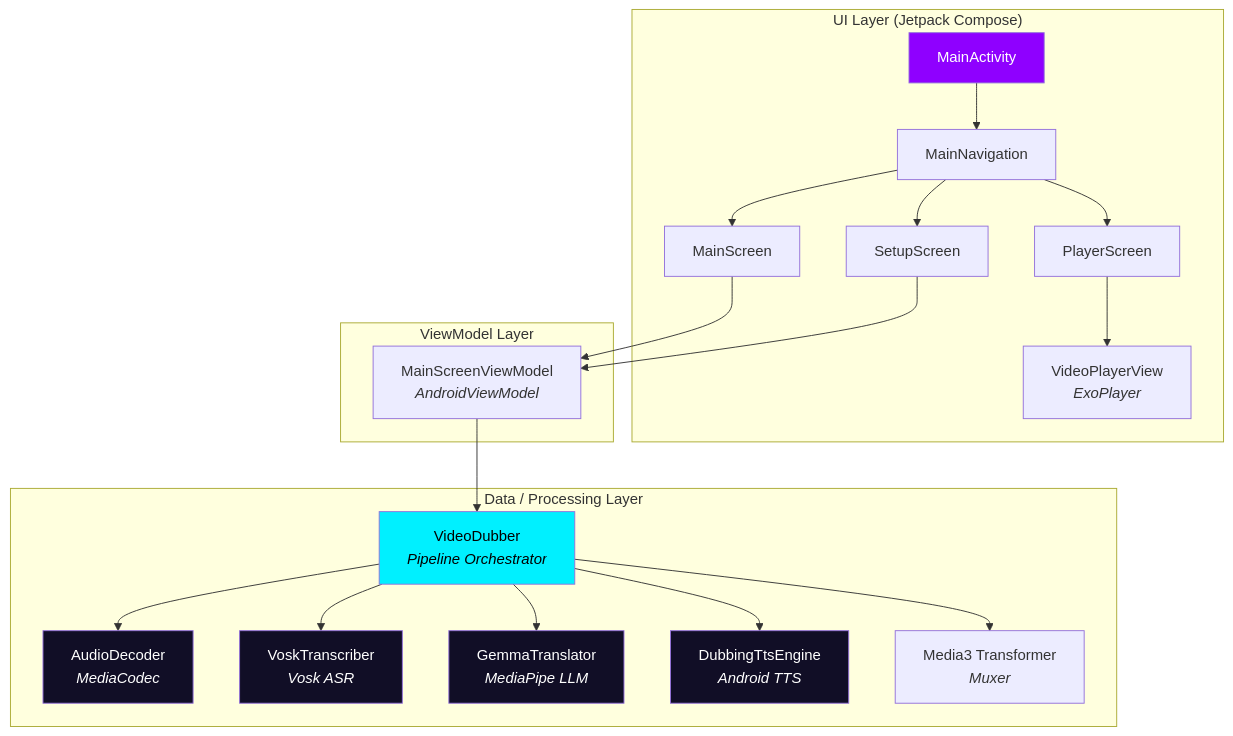
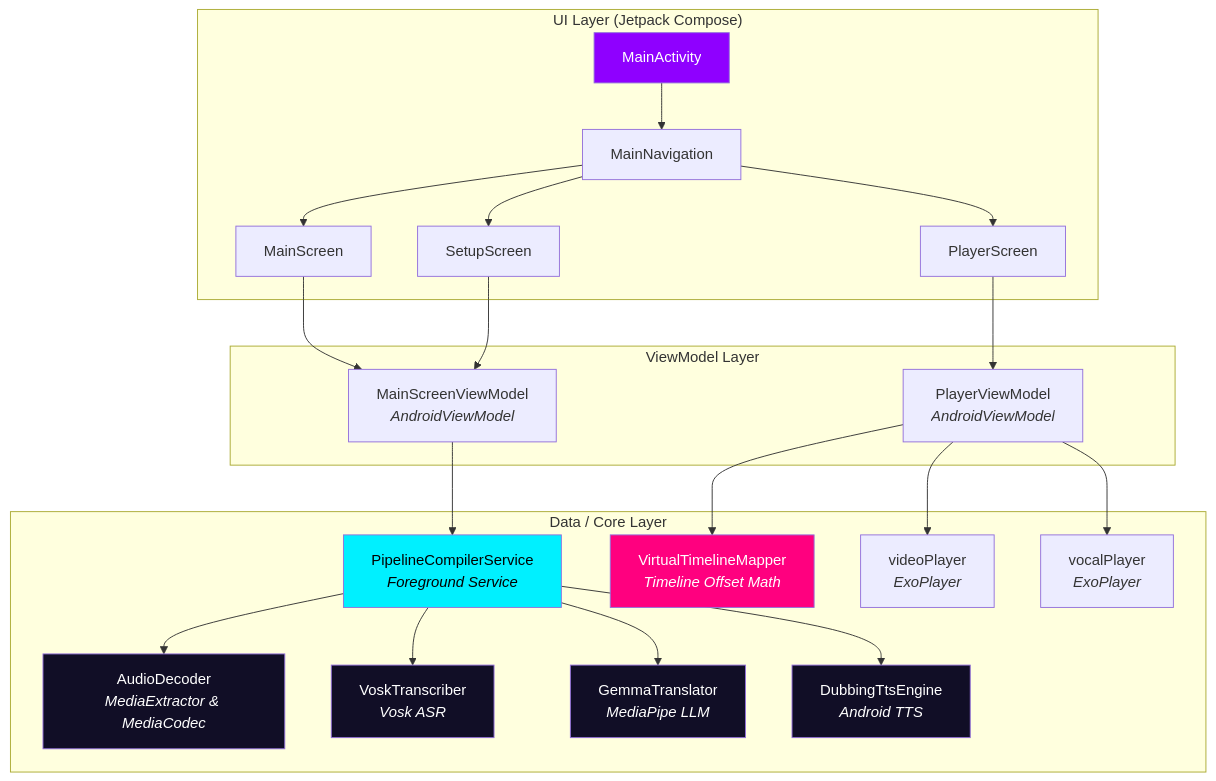
Before and after one commit to thokchomlolet03-cpu/Nua: the diagram in DEEP_TECHNICAL_ANALYSIS.md, drawn with Mermaid. The commit also changed other lines of this file and 19 other files, not shown here.

Commit message:
Implement offline freeze-frame dubbing architecture and fix build errors

````diff
--- a/DEEP_TECHNICAL_ANALYSIS.md
+++ b/DEEP_TECHNICAL_ANALYSIS.md
@@ -13,31 +15,35 @@
 ```mermaid
 graph TD
     subgraph "UI Layer (Jetpack Compose)"
         MA[MainActivity] --> MN[MainNavigation]
         MN --> MS[MainScreen]
         MN --> SS[SetupScreen]
         MN --> PS[PlayerScreen]
-        PS --> VPV[VideoPlayerView<br/><i>ExoPlayer</i>]
     end
 
     subgraph "ViewModel Layer"
         MS --> VM[MainScreenViewModel<br/><i>AndroidViewModel</i>]
         SS --> VM
+        PS --> PVM[PlayerViewModel<br/><i>AndroidViewModel</i>]
     end
 
-    subgraph "Data / Processing Layer"
-        VM --> VD[VideoDubber<br/><i>Pipeline Orchestrator</i>]
-        VD --> AD[AudioDecoder<br/><i>MediaCodec</i>]
-        VD --> VT[VoskTranscriber<br/><i>Vosk ASR</i>]
-        VD --> GT[GemmaTranslator<br/><i>MediaPipe LLM</i>]
-        VD --> TTS[DubbingTtsEngine<br/><i>Android TTS</i>]
-        VD --> M3T["Media3 Transformer<br/><i>Muxer</i>"]
+    subgraph "Data / Core Layer"
+        VM --> PCS[PipelineCompilerService<br/><i>Foreground Service</i>]
+        PCS --> AD[AudioDecoder<br/><i>MediaExtractor & MediaCodec</i>]
+        PCS --> VT[VoskTranscriber<br/><i>Vosk ASR</i>]
+        PCS --> GT[GemmaTranslator<br/><i>MediaPipe LLM</i>]
+        PCS --> TTS[DubbingTtsEngine<br/><i>Android TTS</i>]
+        
+        PVM --> VTM[VirtualTimelineMapper<br/><i>Timeline Offset Math</i>]
+        PVM --> VP[videoPlayer<br/><i>ExoPlayer</i>]
+        PVM --> AP[vocalPlayer<br/><i>ExoPlayer</i>]
     end
 
     style MA fill:#8F00FF,color:#fff
-    style VD fill:#00F0FF,color:#000
+    style PCS fill:#00F0FF,color:#000
+    style VTM fill:#FF007F,color:#fff
     style AD fill:#110E26,color:#fff
     style VT fill:#110E26,color:#fff
     style GT fill:#110E26,color:#fff
     style TTS fill:#110E26,color:#fff
 ```
````
